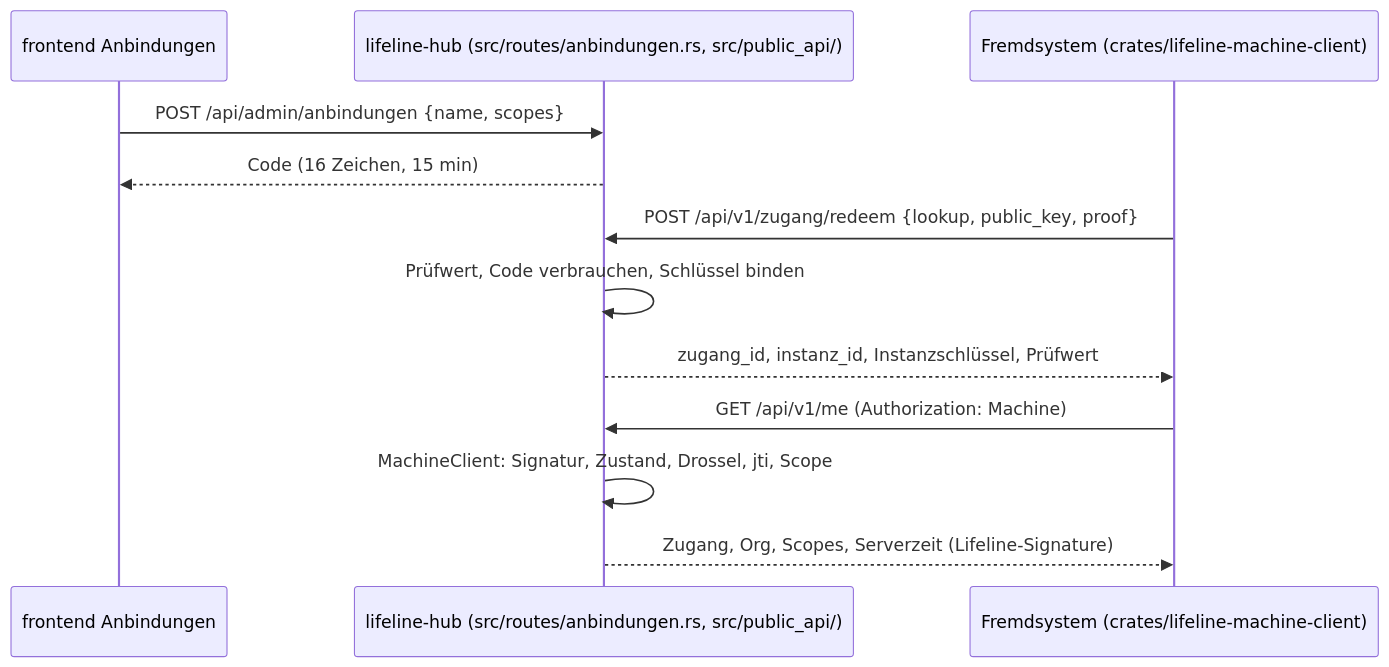
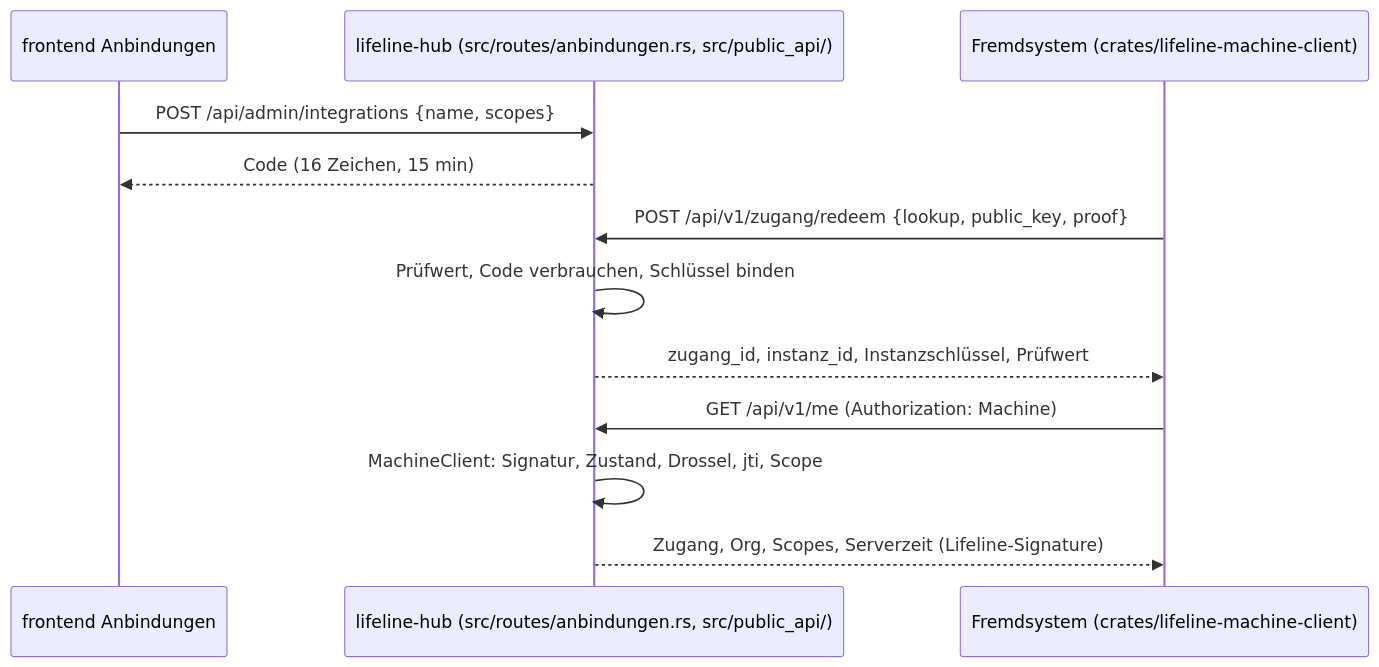
One commit to rubenvitt/lifeline-hub changed diagram 12 of 19 in docs/architektur/06-laufzeitsicht.md. Above: the diagram before and after it, drawn with Mermaid. The commit also changed other lines of this file and 35 other files, not shown here.

First line of the commit message:
refactor(api): Admin-Routen englisch nach ADR-0085 (LLH-2049)

````diff
--- a/docs/architektur/06-laufzeitsicht.md
+++ b/docs/architektur/06-laufzeitsicht.md
@@ -526,14 +526,14 @@
 ```mermaid
 sequenceDiagram
   participant Admin as frontend Anbindungen
   participant Hub as lifeline-hub (src/routes/anbindungen.rs, src/public_api/)
   participant F as Fremdsystem (crates/lifeline-machine-client)
-  Admin->>Hub: POST /api/admin/anbindungen {name, scopes}
+  Admin->>Hub: POST /api/admin/integrations {name, scopes}
   Hub-->>Admin: Code (16 Zeichen, 15 min)
   F->>Hub: POST /api/v1/zugang/redeem {lookup, public_key, proof}
   Hub->>Hub: Prüfwert, Code verbrauchen, Schlüssel binden
   Hub-->>F: zugang_id, instanz_id, Instanzschlüssel, Prüfwert
   F->>Hub: GET /api/v1/me (Authorization: Machine)
   Hub->>Hub: MachineClient: Signatur, Zustand, Drossel, jti, Scope
   Hub-->>F: Zugang, Org, Scopes, Serverzeit (Lifeline-Signature)
 ```
````
